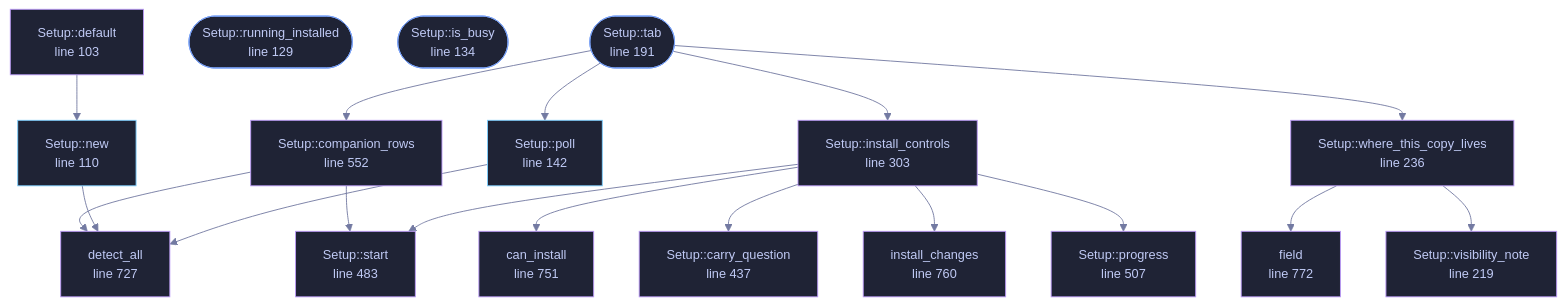
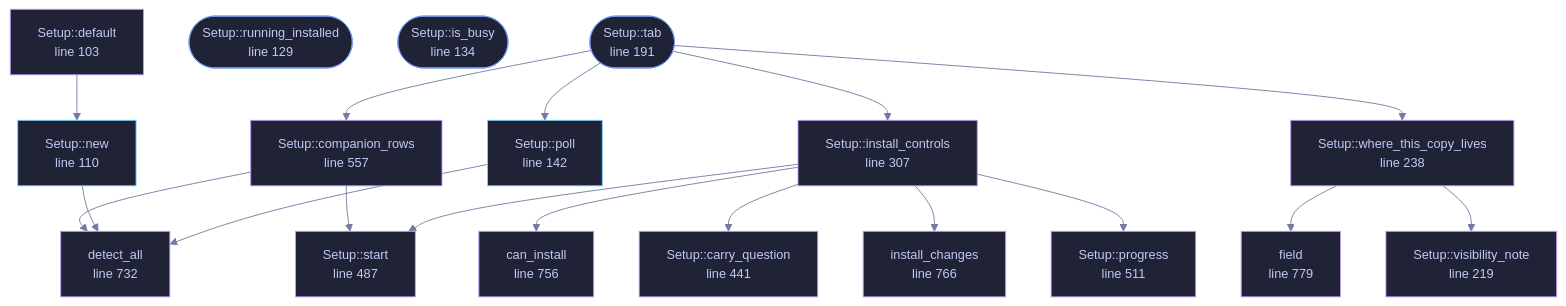
Before and after one commit to tilas01/veilvoice: the diagram in docs/files/veilvoice-gui/setup.md, drawn with Mermaid. The commit also changed other lines of this file and 57 other files, not shown here.

````diff
--- a/docs/files/veilvoice-gui/setup.md
+++ b/docs/files/veilvoice-gui/setup.md
@@ -113,60 +113,60 @@
 ```mermaid
 %%{init: {"theme":"base","themeVariables":{"background":"#1a1b26","primaryColor":"#1f2335","primaryTextColor":"#c0caf5","primaryBorderColor":"#7aa2f7","secondaryColor":"#16161e","tertiaryColor":"#16161e","lineColor":"#737aa2","textColor":"#c0caf5","mainBkg":"#1f2335","nodeBorder":"#7aa2f7","clusterBkg":"#16161e","clusterBorder":"#2f3549","fontFamily":"ui-monospace, SFMono-Regular, Consolas, monospace","fontSize":"14px"}}}%%
 flowchart TD
     n_default["Setup::default<br/>line 103"]
     n_new["Setup::new<br/>line 110"]
     n_running_installed(["Setup::running_installed<br/>line 129"])
     n_is_busy(["Setup::is_busy<br/>line 134"])
     n_poll["Setup::poll<br/>line 142"]
     n_tab(["Setup::tab<br/>line 191"])
     n_visibility_note["Setup::visibility_note<br/>line 219"]
-    n_where_this_copy_lives["Setup::where_this_copy_lives<br/>line 236"]
-    n_install_controls["Setup::install_controls<br/>line 303"]
-    n_carry_question["Setup::carry_question<br/>line 437"]
-    n_start["Setup::start<br/>line 483"]
-    n_progress["Setup::progress<br/>line 507"]
-    n_companion_rows["Setup::companion_rows<br/>line 552"]
-    n_detect_all["detect_all<br/>line 727"]
-    n_can_install["can_install<br/>line 751"]
-    n_install_changes["install_changes<br/>line 760"]
-    n_field["field<br/>line 772"]
+    n_where_this_copy_lives["Setup::where_this_copy_lives<br/>line 238"]
+    n_install_controls["Setup::install_controls<br/>line 307"]
+    n_carry_question["Setup::carry_question<br/>line 441"]
+    n_start["Setup::start<br/>line 487"]
+    n_progress["Setup::progress<br/>line 511"]
+    n_companion_rows["Setup::companion_rows<br/>line 557"]
+    n_detect_all["detect_all<br/>line 732"]
+    n_can_install["can_install<br/>line 756"]
+    n_install_changes["install_changes<br/>line 766"]
+    n_field["field<br/>line 779"]
     n_companion_rows --> n_detect_all
     n_companion_rows --> n_start
     n_default --> n_new
     n_install_controls --> n_can_install
     n_install_controls --> n_carry_question
     n_install_controls --> n_install_changes
     n_install_controls --> n_progress
     n_install_controls --> n_start
     n_new --> n_detect_all
     n_poll --> n_detect_all
     n_tab --> n_companion_rows
     n_tab --> n_install_controls
     n_tab --> n_poll
     n_tab --> n_where_this_copy_lives
     n_where_this_copy_lives --> n_field
     n_where_this_copy_lives --> n_visibility_note
     click n_default href "https://github.com/tilas01/veilvoice/blob/main/crates/veilvoice-gui/src/setup.rs#L103" "open the source"
     click n_new href "https://github.com/tilas01/veilvoice/blob/main/crates/veilvoice-gui/src/setup.rs#L110" "open the source"
     click n_running_installed href "https://github.com/tilas01/veilvoice/blob/main/crates/veilvoice-gui/src/setup.rs#L129" "open the source"
     click n_is_busy href "https://github.com/tilas01/veilvoice/blob/main/crates/veilvoice-gui/src/setup.rs#L134" "open the source"
     click n_poll href "https://github.com/tilas01/veilvoice/blob/main/crates/veilvoice-gui/src/setup.rs#L142" "open the source"
     click n_tab href "https://github.com/tilas01/veilvoice/blob/main/crates/veilvoice-gui/src/setup.rs#L191" "open the source"
     click n_visibility_note href "https://github.com/tilas01/veilvoice/blob/main/crates/veilvoice-gui/src/setup.rs#L219" "open the source"
-    click n_where_this_copy_lives href "https://github.com/tilas01/veilvoice/blob/main/crates/veilvoice-gui/src/setup.rs#L236" "open the source"
-    click n_install_controls href "https://github.com/tilas01/veilvoice/blob/main/crates/veilvoice-gui/src/setup.rs#L303" "open the source"
-    click n_carry_question href "https://github.com/tilas01/veilvoice/blob/main/crates/veilvoice-gui/src/setup.rs#L437" "open the source"
-    click n_start href "https://github.com/tilas01/veilvoice/blob/main/crates/veilvoice-gui/src/setup.rs#L483" "open the source"
-    click n_progress href "https://github.com/tilas01/veilvoice/blob/main/crates/veilvoice-gui/src/setup.rs#L507" "open the source"
-    click n_companion_rows href "https://github.com/tilas01/veilvoice/blob/main/crates/veilvoice-gui/src/setup.rs#L552" "open the source"
-    click n_detect_all href "https://github.com/tilas01/veilvoice/blob/main/crates/veilvoice-gui/src/setup.rs#L727" "open the source"
-    click n_can_install href "https://github.com/tilas01/veilvoice/blob/main/crates/veilvoice-gui/src/setup.rs#L751" "open the source"
-    click n_install_changes href "https://github.com/tilas01/veilvoice/blob/main/crates/veilvoice-gui/src/setup.rs#L760" "open the source"
-    click n_field href "https://github.com/tilas01/veilvoice/blob/main/crates/veilvoice-gui/src/setup.rs#L772" "open the source"
+    click n_where_this_copy_lives href "https://github.com/tilas01/veilvoice/blob/main/crates/veilvoice-gui/src/setup.rs#L238" "open the source"
+    click n_install_controls href "https://github.com/tilas01/veilvoice/blob/main/crates/veilvoice-gui/src/setup.rs#L307" "open the source"
+    click n_carry_question href "https://github.com/tilas01/veilvoice/blob/main/crates/veilvoice-gui/src/setup.rs#L441" "open the source"
+    click n_start href "https://github.com/tilas01/veilvoice/blob/main/crates/veilvoice-gui/src/setup.rs#L487" "open the source"
+    click n_progress href "https://github.com/tilas01/veilvoice/blob/main/crates/veilvoice-gui/src/setup.rs#L511" "open the source"
+    click n_companion_rows href "https://github.com/tilas01/veilvoice/blob/main/crates/veilvoice-gui/src/setup.rs#L557" "open the source"
+    click n_detect_all href "https://github.com/tilas01/veilvoice/blob/main/crates/veilvoice-gui/src/setup.rs#L732" "open the source"
+    click n_can_install href "https://github.com/tilas01/veilvoice/blob/main/crates/veilvoice-gui/src/setup.rs#L756" "open the source"
+    click n_install_changes href "https://github.com/tilas01/veilvoice/blob/main/crates/veilvoice-gui/src/setup.rs#L766" "open the source"
+    click n_field href "https://github.com/tilas01/veilvoice/blob/main/crates/veilvoice-gui/src/setup.rs#L779" "open the source"
     classDef entry fill:#1f2335,stroke:#7aa2f7,color:#c0caf5
     class n_running_installed,n_is_busy,n_tab entry
     classDef api fill:#1f2335,stroke:#7dcfff,color:#c0caf5
     class n_new,n_poll api
     classDef helper fill:#1f2335,stroke:#bb9af7,color:#c0caf5
     class n_default,n_visibility_note,n_where_this_copy_lives,n_install_controls,n_carry_question,n_start,n_progress,n_companion_rows,n_detect_all,n_can_install,n_install_changes,n_field helper
 ```
````
